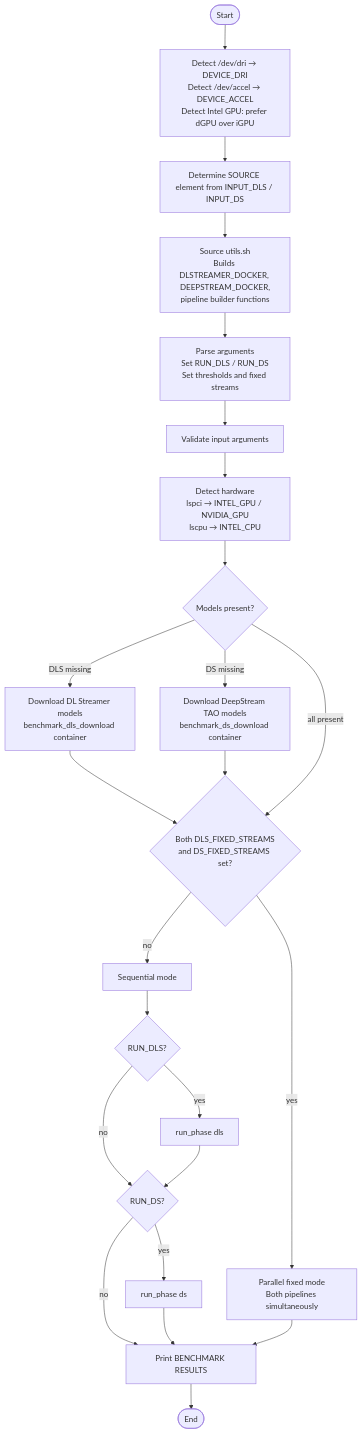
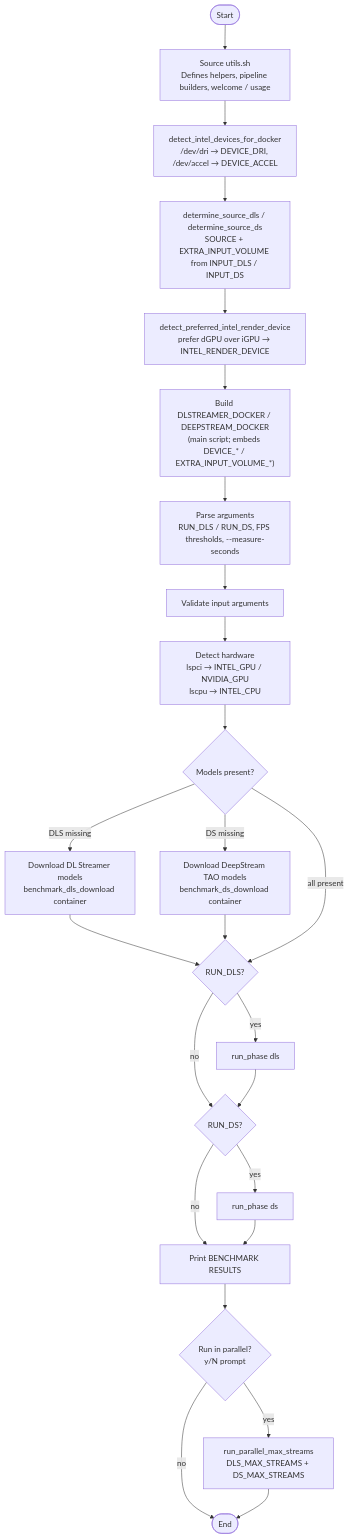
Before and after one commit to open-edge-platform/dlstreamer: the first of 5 diagrams in samples/gstreamer/python/coexistence_benchmark/README.md, drawn with Mermaid. The commit also changed other lines of this file and 2 other files, not shown here.

````diff
--- a/samples/gstreamer/python/coexistence_benchmark/README.md
+++ b/samples/gstreamer/python/coexistence_benchmark/README.md
@@ -143,26 +159,27 @@
 ```mermaid
 flowchart TD
-    A([Start]) --> B["Detect /dev/dri → DEVICE_DRI<br/>Detect /dev/accel → DEVICE_ACCEL<br/>Detect Intel GPU: prefer dGPU over iGPU"]
-    B --> C["Determine SOURCE element from INPUT_DLS / INPUT_DS"]
-    C --> D["Source utils.sh<br/>Builds DLSTREAMER_DOCKER, DEEPSTREAM_DOCKER,<br/>pipeline builder functions"]
-    D --> E["Parse arguments<br/>Set RUN_DLS / RUN_DS<br/>Set thresholds and fixed streams"]
+    A([Start]) --> D0["Source utils.sh<br/>Defines helpers, pipeline builders, welcome / usage"]
+    D0 --> B["detect_intel_devices_for_docker<br/>/dev/dri → DEVICE_DRI, /dev/accel → DEVICE_ACCEL"]
+    B --> C["determine_source_dls / determine_source_ds<br/>SOURCE + EXTRA_INPUT_VOLUME from INPUT_DLS / INPUT_DS"]
+    C --> C2["detect_preferred_intel_render_device<br/>prefer dGPU over iGPU → INTEL_RENDER_DEVICE"]
+    C2 --> D["Build DLSTREAMER_DOCKER / DEEPSTREAM_DOCKER<br/>(main script; embeds DEVICE_* / EXTRA_INPUT_VOLUME_*)"]
+    D --> E["Parse arguments<br/>RUN_DLS / RUN_DS, FPS thresholds, --measure-seconds"]
     E --> F[Validate input arguments]
     F --> G["Detect hardware<br/>lspci → INTEL_GPU / NVIDIA_GPU<br/>lscpu → INTEL_CPU"]
     G --> H{Models present?}
     H -- DLS missing --> I["Download DL Streamer models<br/>benchmark_dls_download container"]
     H -- DS missing --> J["Download DeepStream TAO models<br/>benchmark_ds_download container"]
-    I --> K{Both DLS_FIXED_STREAMS<br/>and DS_FIXED_STREAMS set?}
-    J --> K
-    H -- all present --> K
-    K -- yes --> L["Parallel fixed mode<br/>Both pipelines simultaneously"]
-    K -- no --> M[Sequential mode]
-    M --> N{RUN_DLS?}
+    I --> N{RUN_DLS?}
+    J --> N
+    H -- all present --> N
     N -- yes --> O[run_phase dls]
     N -- no --> P{RUN_DS?}
     O --> P
     P -- yes --> Q[run_phase ds]
     P -- no --> R[Print BENCHMARK RESULTS]
     Q --> R
-    L --> R
-    R --> S([End])
+    R --> T{Run in parallel?<br/>y/N prompt}
+    T -- yes --> U["run_parallel_max_streams<br/>DLS_MAX_STREAMS + DS_MAX_STREAMS"]
+    T -- no --> S([End])
+    U --> S
 ```
````
